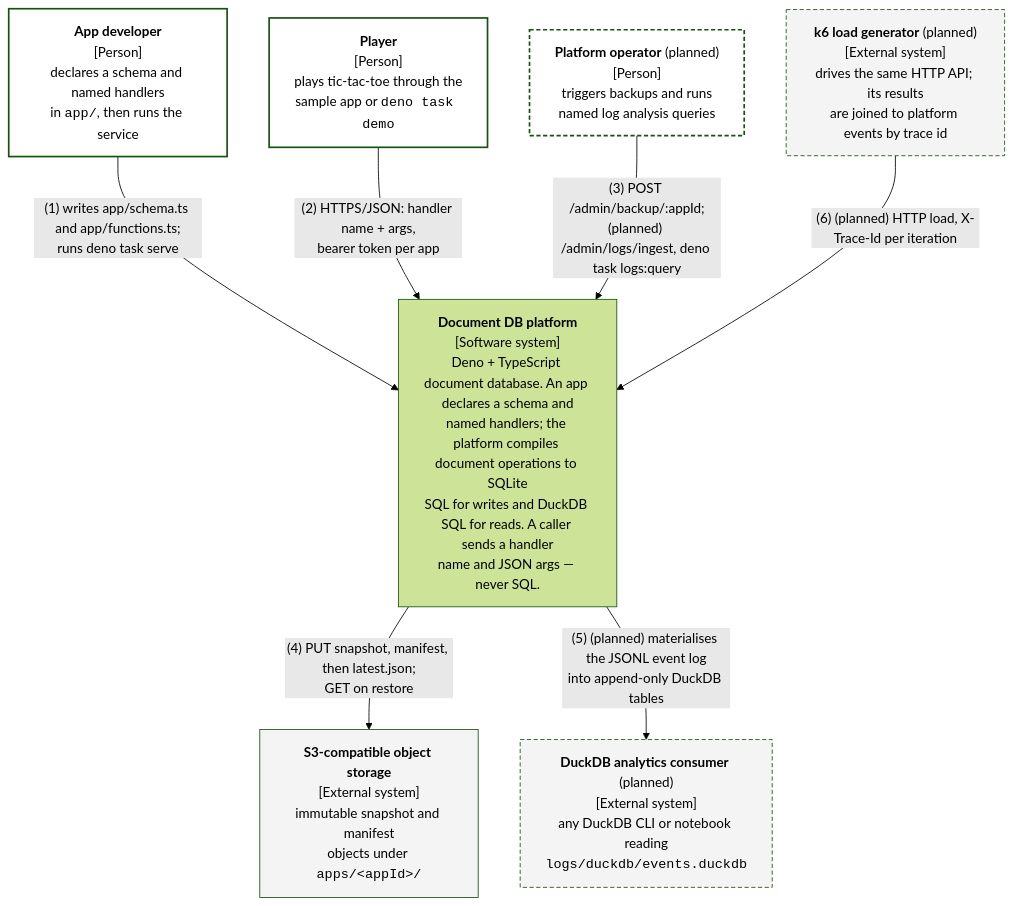
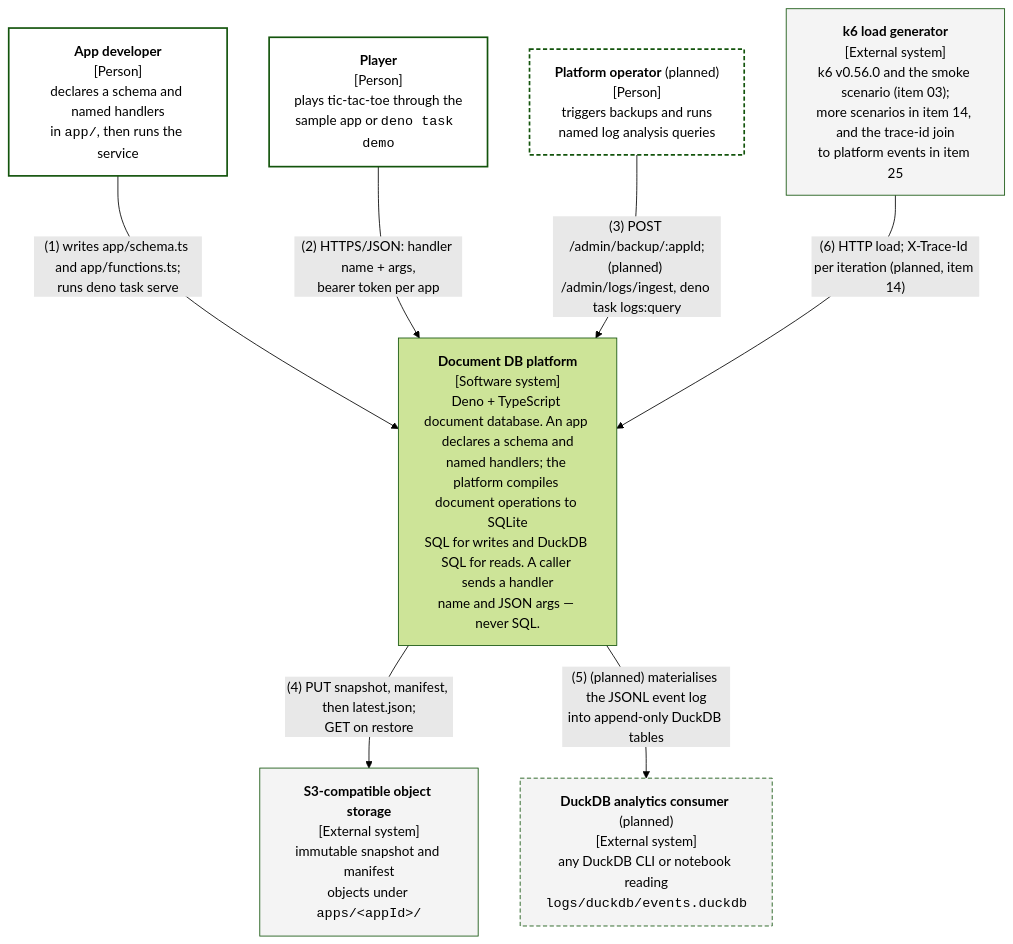
One commit to nickstrad/ts-db changed the diagram in docs/architecture/c4-context-document-db.github.md. Above: the diagram before and after it, drawn with Mermaid (forest theme). The commit also changed other lines of this file and 9 other files, not shown here.

First line of the commit message:
docs: update C4 diagrams for items 02 and 03

````diff
--- a/docs/architecture/c4-context-document-db.github.md
+++ b/docs/architecture/c4-context-document-db.github.md
@@ -14,26 +14,26 @@
 ```mermaid
 flowchart TB
     dev["<b>App developer</b><br/>[Person]<br/>declares a schema and named handlers<br/>in <code>app/</code>, then runs the service"]
     player["<b>Player</b><br/>[Person]<br/>plays tic-tac-toe through the<br/>sample app or <code>deno task demo</code>"]
     op["<b>Platform operator</b> (planned)<br/>[Person]<br/>triggers backups and runs<br/>named log analysis queries"]
 
     plat["<b>Document DB platform</b><br/>[Software system]<br/>Deno + TypeScript document database. An app declares a schema and<br/>named handlers; the platform compiles document operations to SQLite<br/>SQL for writes and DuckDB SQL for reads. A caller sends a handler<br/>name and JSON args — never SQL."]
 
     s3["<b>S3-compatible object storage</b><br/>[External system]<br/>immutable snapshot and manifest<br/>objects under <code>apps/&lt;appId&gt;/</code>"]
     duck["<b>DuckDB analytics consumer</b> (planned)<br/>[External system]<br/>any DuckDB CLI or notebook reading<br/><code>logs/duckdb/events.duckdb</code>"]
-    k6["<b>k6 load generator</b> (planned)<br/>[External system]<br/>drives the same HTTP API; its results<br/>are joined to platform events by trace id"]
+    k6["<b>k6 load generator</b><br/>[External system]<br/>k6 v0.56.0 and the smoke scenario (item 03);<br/>more scenarios in item 14, and the trace-id join<br/>to platform events in item 25"]
 
     dev -->|"(1) writes app/schema.ts and app/functions.ts;<br/>runs deno task serve"| plat
     player -->|"(2) HTTPS/JSON: handler name + args,<br/>bearer token per app"| plat
     op -->|"(3) POST /admin/backup/:appId;<br/>(planned) /admin/logs/ingest, deno task logs:query"| plat
     plat -->|"(4) PUT snapshot, manifest, then latest.json;<br/>GET on restore"| s3
     plat -->|"(5) (planned) materialises the JSONL event log<br/>into append-only DuckDB tables"| duck
-    k6 -->|"(6) (planned) HTTP load, X-Trace-Id per iteration"| plat
+    k6 -->|"(6) HTTP load; X-Trace-Id per iteration (planned, item 14)"| plat
 
     classDef planned stroke-dasharray: 5 3
     classDef person fill:#fff,stroke-width:2px
     classDef external fill:#f4f4f4
     class dev,player,op person
     class s3,duck,k6 external
-    class op,duck,k6 planned
+    class op,duck planned
 ```
````
